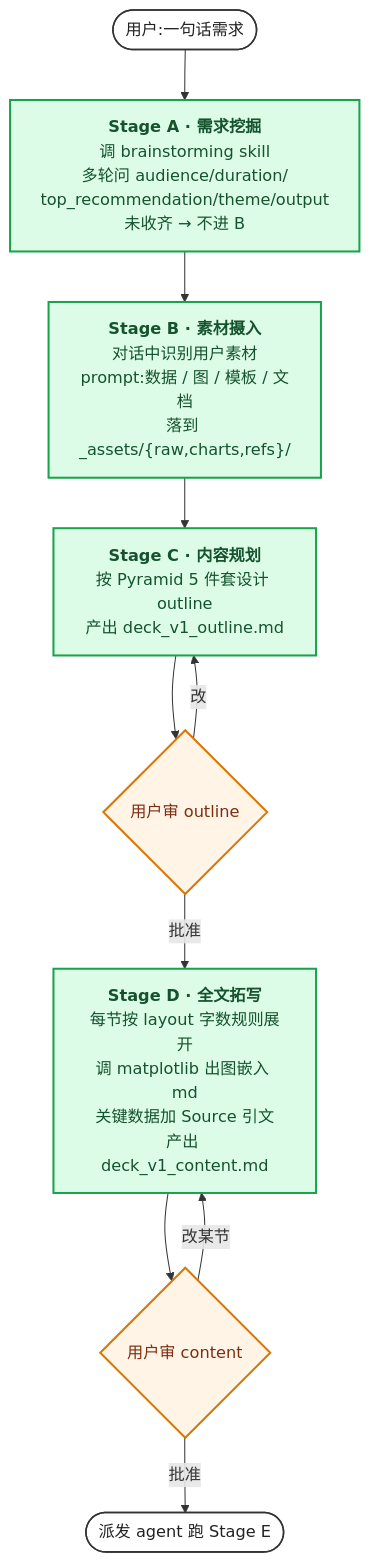
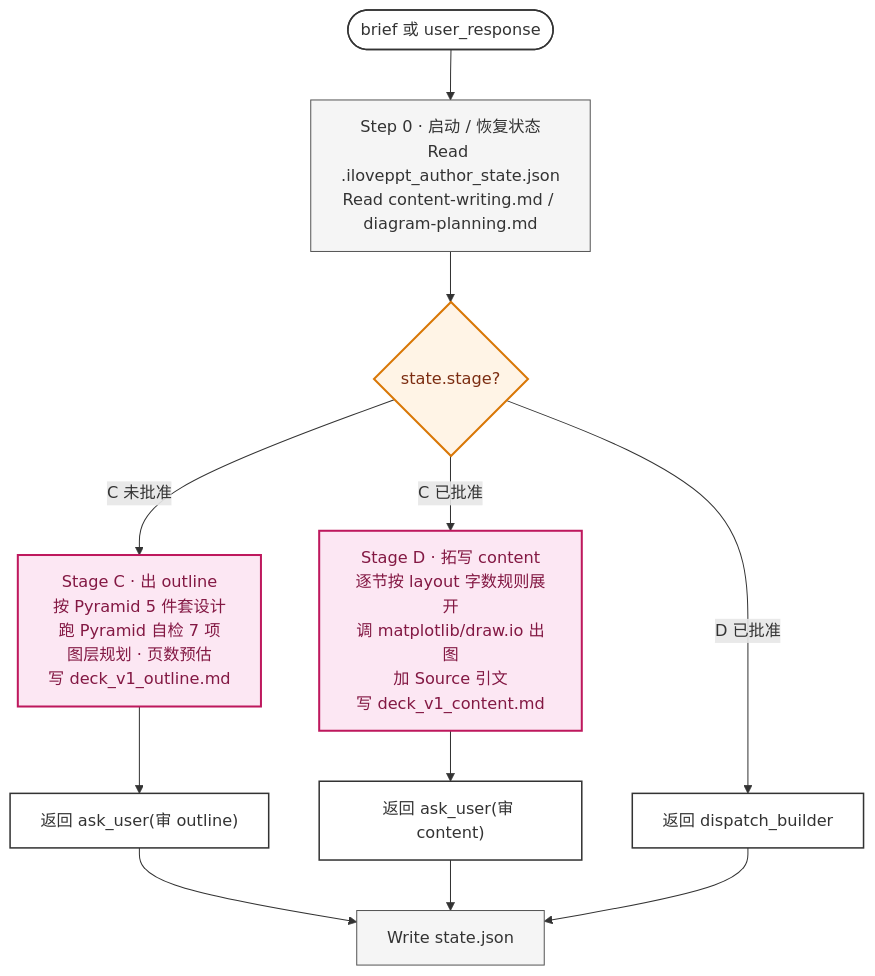
The third of 8 diagrams in docs/agent-internals.zh.md (pcliangx/iLovePPT), drawn with Mermaid before and after one commit. The commit also changed other lines of this file, not shown here.

First line of the commit message:
docs: rewrite agent-internals.zh.md clean for v3.1 architecture

````diff
--- a/docs/agent-internals.zh.md
+++ b/docs/agent-internals.zh.md
@@ -206,18 +132,20 @@
 ```mermaid
 flowchart TB
-    I([用户:一句话需求]) --> A
-    A["<b>Stage A · 需求挖掘</b><br/>调 brainstorming skill<br/>多轮问 audience/duration/<br/>top_recommendation/theme/output<br/>未收齐 → 不进 B"] --> B
-    B["<b>Stage B · 素材摄入</b><br/>对话中识别用户素材<br/>prompt:数据 / 图 / 模板 / 文档<br/>落到 _assets/{raw,charts,refs}/"] --> C
-    C["<b>Stage C · 内容规划</b><br/>按 Pyramid 5 件套设计 outline<br/>产出 deck_v1_outline.md"] --> UC{用户审 outline}
-    UC -->|改| C
-    UC -->|批准| D["<b>Stage D · 全文拓写</b><br/>每节按 layout 字数规则展开<br/>调 matplotlib 出图嵌入 md<br/>关键数据加 Source 引文<br/>产出 deck_v1_content.md"]
-    D --> UD{用户审 content}
-    UD -->|改某节| D
-    UD -->|批准| OUT([派发 agent 跑 Stage E])
-    classDef io fill:#FFF,stroke:#333,stroke-width:1.5px,color:#222
-    classDef stage fill:#DCFCE7,stroke:#16A34A,stroke-width:2px,color:#14532D
+    I([brief 或 user_response]) --> S0
+    S0["Step 0 · 启动 / 恢复状态<br/>Read .iloveppt_author_state.json<br/>Read content-writing.md / diagram-planning.md"] --> ST
+    ST{state.stage?}
+    ST -->|C 未批准| C["Stage C · 出 outline<br/>按 Pyramid 5 件套设计<br/>跑 Pyramid 自检 7 项<br/>图层规划 · 页数预估<br/>写 deck_v1_outline.md"] --> AC["返回 ask_user(审 outline)"]
+    ST -->|C 已批准| D["Stage D · 拓写 content<br/>逐节按 layout 字数规则展开<br/>调 matplotlib/draw.io 出图<br/>加 Source 引文<br/>写 deck_v1_content.md"] --> AD["返回 ask_user(审 content)"]
+    ST -->|D 已批准| DB["返回 dispatch_builder"]
+    AC --> W["Write state.json"]
+    AD --> W
+    DB --> W
+    classDef io fill:#FFF,stroke:#333,stroke-width:1.5px
+    classDef step fill:#F5F5F5,stroke:#555
     classDef gate fill:#FFF4E6,stroke:#D97706,stroke-width:2px,color:#7C2D12
-    class I,OUT io
-    class A,B,C,D stage
-    class UC,UD gate
+    classDef stage fill:#FCE7F3,stroke:#BE185D,stroke-width:2px,color:#831843
+    class I,AC,AD,DB io
+    class S0,W step
+    class ST gate
+    class C,D stage
 ```
````
